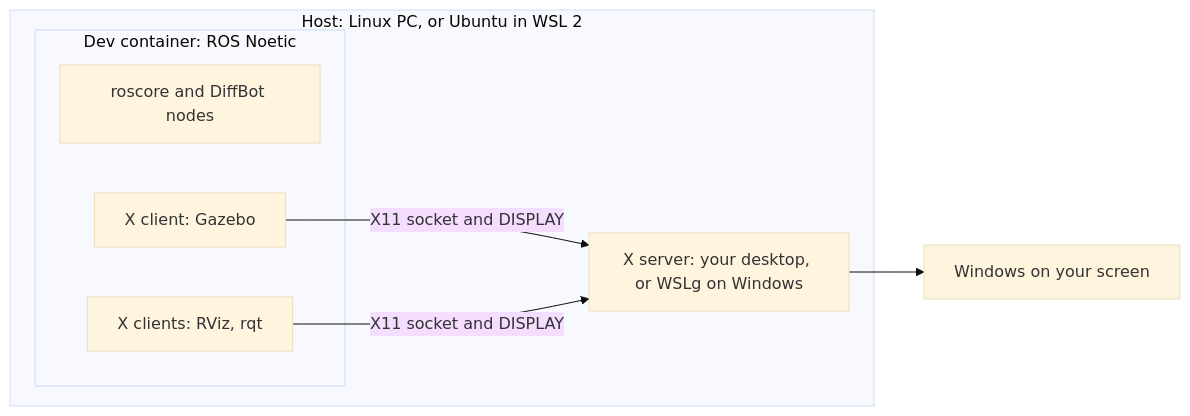
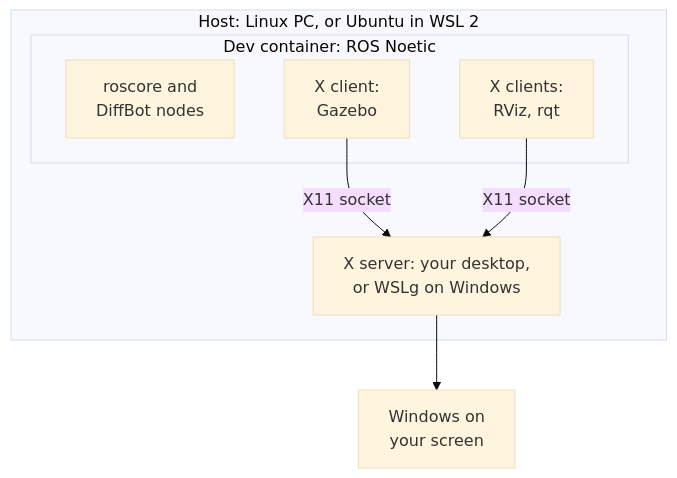
One commit to ros-mobile-robots/ros-mobile-robots.github.io changed the first of 2 diagrams in docs/development/dev-container.md. Above: the diagram before and after it, drawn with Mermaid (base theme). The commit also changed other lines of this file, not shown here.

First line of the commit message:
Dev Container: Docker Engine vs Desktop, readable diagrams, direct ROS traffic

````diff
--- a/docs/development/dev-container.md
+++ b/docs/development/dev-container.md
@@ -25,14 +25,14 @@
 ```mermaid
-graph LR
+graph TB
   subgraph HOST [Host: Linux PC, or Ubuntu in WSL 2]
     subgraph DC [Dev container: ROS Noetic]
-      NODES[roscore and DiffBot nodes]
-      GZ[X client: Gazebo]
-      RV[X clients: RViz, rqt]
+      NODES[roscore and<br/>DiffBot nodes]
+      GZ[X client:<br/>Gazebo]
+      RV[X clients:<br/>RViz, rqt]
     end
-    XS[X server: your desktop, or WSLg on Windows]
+    XS[X server: your desktop,<br/>or WSLg on Windows]
   end
-  GZ -->|X11 socket and DISPLAY| XS
-  RV -->|X11 socket and DISPLAY| XS
-  XS --> SCREEN[Windows on your screen]
+  GZ -->|X11 socket| XS
+  RV -->|X11 socket| XS
+  XS --> SCREEN[Windows on<br/>your screen]
 ```
````
